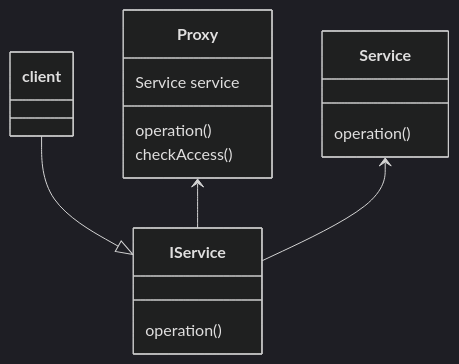
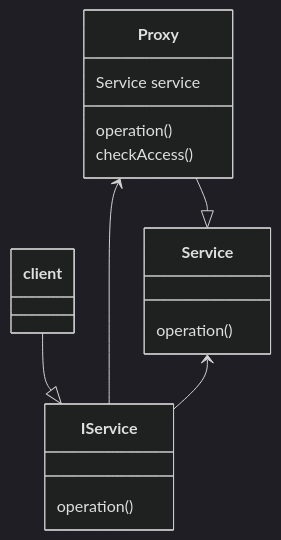
One commit to OleksanderPylypchuk/CGW changed the second of 2 diagrams in README.md. Above: the diagram before and after it, drawn with Mermaid (dark theme).

````diff
--- a/README.md
+++ b/README.md
@@ -14,11 +14,12 @@
 ```mermaid
 classDiagram
 client --|> IService
 IService : operation()
 Proxy <-- IService
 Service <-- IService
 Proxy : operation()
 Proxy : Service service
 Proxy : checkAccess()
+Proxy --|> Service
 Service : operation()
 ```
````
